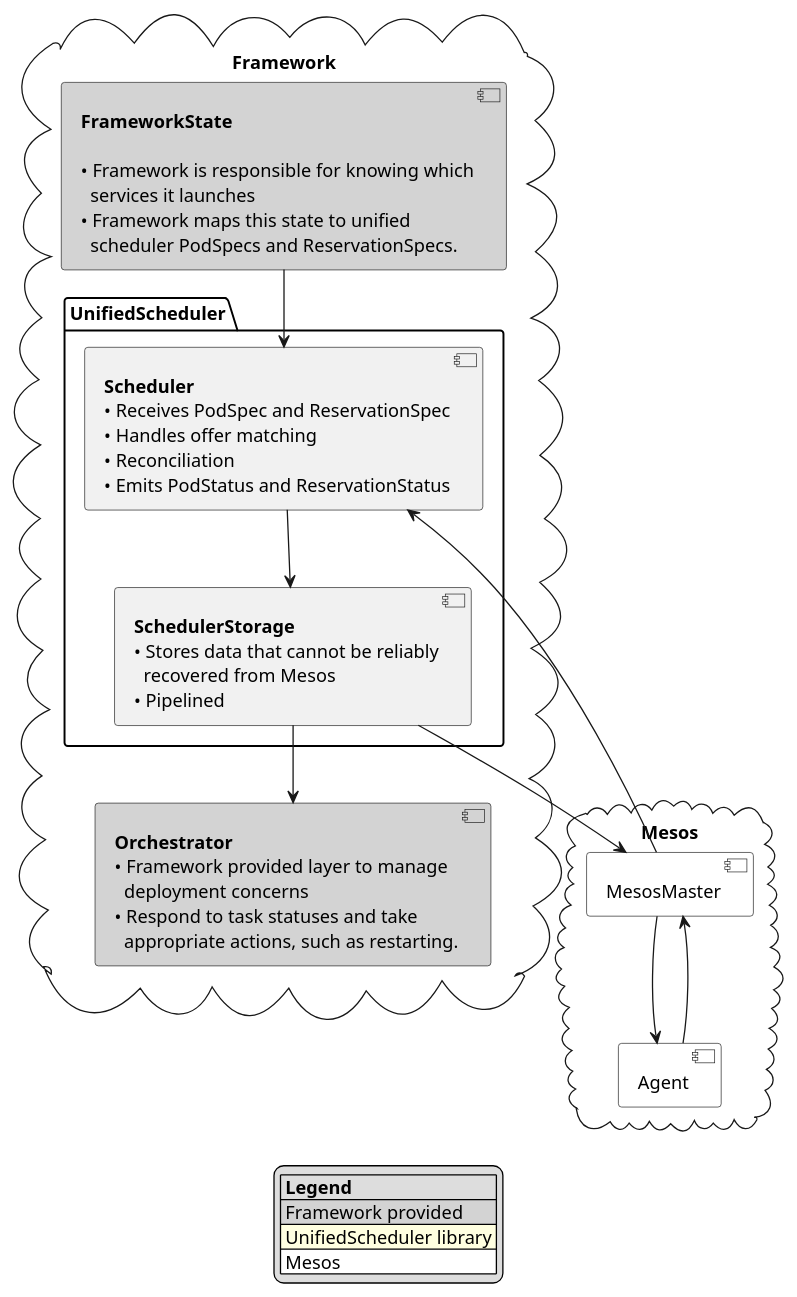
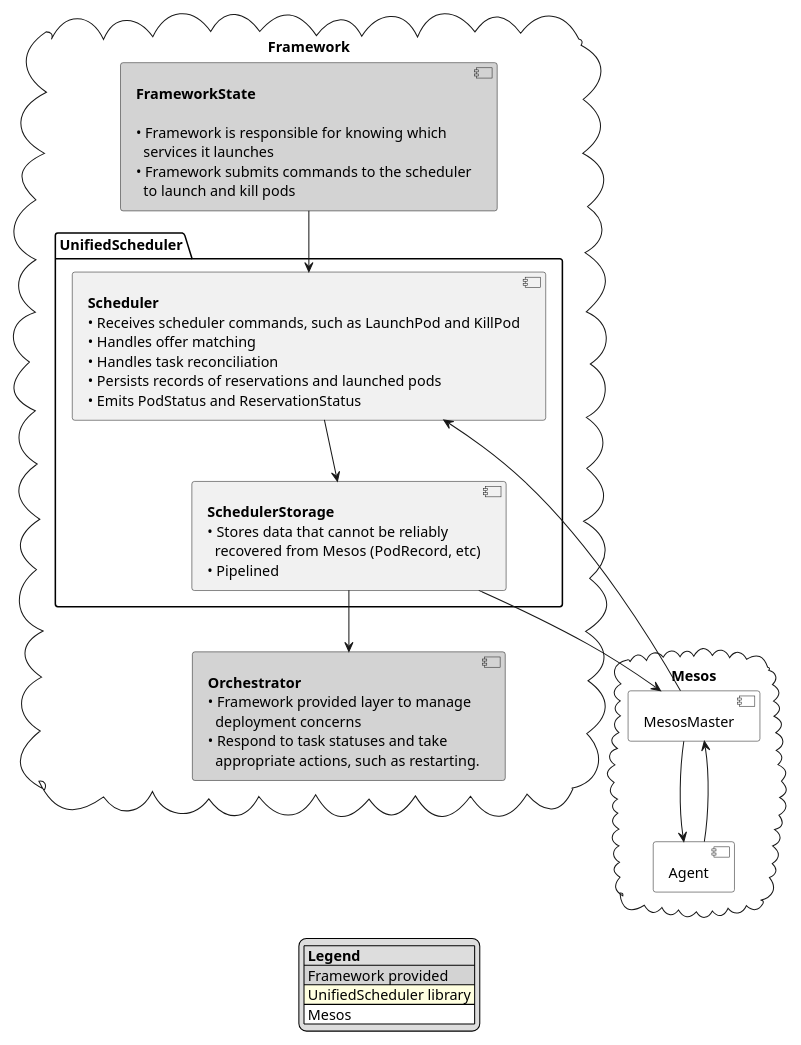
Before and after one commit to mesosphere/usi: the diagram in docs/design/high-level-design.pu, drawn with PlantUML. The commit also changed 46 other files, not shown here.

```diff
--- a/docs/design/high-level-design.pu
+++ b/docs/design/high-level-design.pu
@@ -1,62 +1,63 @@
 @startuml
 scale 600 width
 
 legend
 |= Legend|
 |<#LightGrey> Framework provided |
 |<#LightYellow> UnifiedScheduler library |
 |<#White> Mesos |
 endlegend
 
 cloud Framework {
   component FrameworkState #LightGrey [
     <b>FrameworkState</b>
 
     • Framework is responsible for knowing which
       services it launches
-    • Framework maps this state to unified
-      scheduler PodSpecs and ReservationSpecs.
+    • Framework submits commands to the scheduler
+      to launch and kill pods
   ]
 
   package UnifiedScheduler {
     component Scheduler [
       <b>Scheduler</b>
-      • Receives PodSpec and ReservationSpec
+      • Receives scheduler commands, such as LaunchPod and KillPod
       • Handles offer matching
-      • Reconciliation
+      • Handles task reconciliation
+      • Persists records of reservations and launched pods
       • Emits PodStatus and ReservationStatus
     ]
 
     component SchedulerStorage [
-      **SchedulerStorage**
+      <b>SchedulerStorage</b>
       • Stores data that cannot be reliably
-        recovered from Mesos
+        recovered from Mesos (PodRecord, etc)
       • Pipelined
     ]
 
     Scheduler --> SchedulerStorage
   }
 
   component Orchestrator #LightGrey [
     <b>Orchestrator</b>
     • Framework provided layer to manage
       deployment concerns
     • Respond to task statuses and take
       appropriate actions, such as restarting.
   ]
 }
 
 cloud Mesos {
   component MesosMaster #White
   component Agent #White
   MesosMaster --> Agent
   MesosMaster <-- Agent
 }
 
 MesosMaster --> Scheduler
 SchedulerStorage --> MesosMaster
 SchedulerStorage --> Orchestrator
 FrameworkState --> Scheduler
 
  
 @enduml
```
